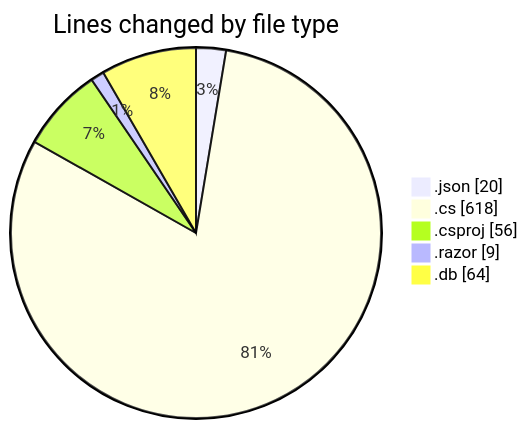
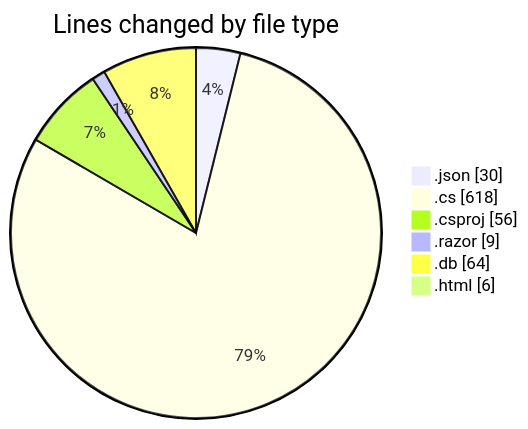
Before and after one commit to Netris89/code-tracking: the first of 2 diagrams in 2025-04-05/schoolmanagement/README.md, drawn with Mermaid. The commit also changed other lines of this file and 1 other file, not shown here.

````diff
--- a/2025-04-05/schoolmanagement/README.md
+++ b/2025-04-05/schoolmanagement/README.md
@@ -35,9 +37,10 @@
 ```mermaid
 pie showData
 title Lines changed by file type
-".json" : 20
+".json" : 30
 ".cs" : 618
 ".csproj" : 56
 ".razor" : 9
 ".db" : 64
+".html" : 6
 ```
````
